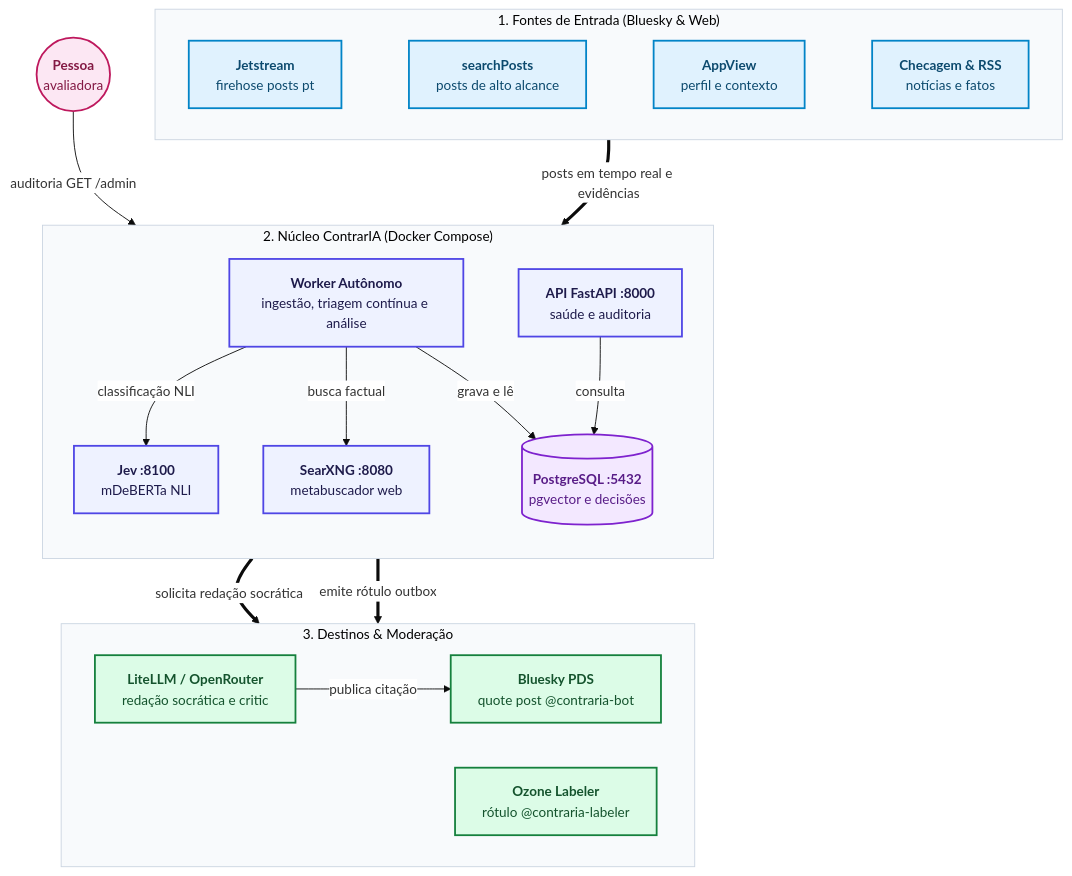
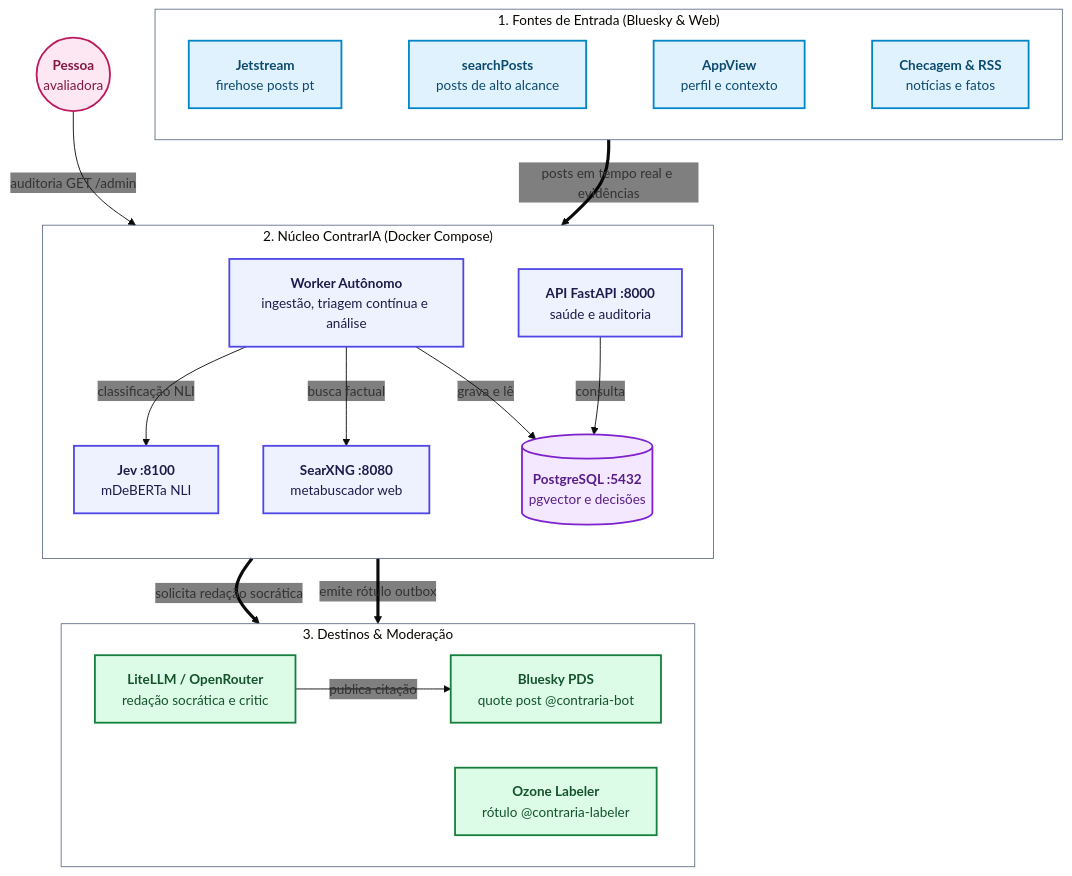
One commit to moonshinerd/ContrarIA changed the first of 4 diagrams in docs/arquitetura/index.md. Above: the diagram before and after it, drawn with Mermaid. The commit also changed other lines of this file and 3 other files, not shown here.

First line of the commit message:
docs: aprimora contraste dos diagramas mermaid no modo escuro e corrige admonitions

````diff
--- a/docs/arquitetura/index.md
+++ b/docs/arquitetura/index.md
@@ -14,47 +14,47 @@
 ```mermaid
-%%{init: {'theme': 'base', 'themeVariables': { 'fontSize': '15px', 'fontFamily': 'inherit', 'primaryColor': '#EEF2FF', 'edgeLabelBackground': '#FFFFFF', 'clusterBkg': '#F8FAFC', 'clusterBorder': '#CBD5E1' }}}%%
+%%{init: {'theme': 'base', 'themeVariables': { 'fontSize': '15px', 'fontFamily': 'inherit', 'clusterBkg': 'transparent', 'clusterBorder': '#64748B', 'edgeLabelBackground': 'transparent' }}}%%
 flowchart TD
     classDef in fill:#E0F2FE,stroke:#0284C7,stroke-width:2px,color:#0C4A6E
     classDef core fill:#EEF2FF,stroke:#4F46E5,stroke-width:2px,color:#1E1B4B
     classDef db fill:#F3E8FF,stroke:#7E22CE,stroke-width:2px,color:#581C87
     classDef out fill:#DCFCE7,stroke:#15803D,stroke-width:2px,color:#14532D
     classDef human fill:#FCE7F3,stroke:#BE185D,stroke-width:2px,color:#831843
 
     subgraph ENTRADAS["1. Fontes de Entrada (Bluesky & Web)"]
         direction LR
-        JS["<b>Jetstream</b><br/>firehose posts pt"]:::in
-        SP["<b>searchPosts</b><br/>posts de alto alcance"]:::in
-        AV["<b>AppView</b><br/>perfil e contexto"]:::in
-        EV["<b>Checagem & RSS</b><br/>notícias e fatos"]:::in
+        JS["<span style='color:#0C4A6E'><b>Jetstream</b><br/>firehose posts pt</span>"]:::in
+        SP["<span style='color:#0C4A6E'><b>searchPosts</b><br/>posts de alto alcance</span>"]:::in
+        AV["<span style='color:#0C4A6E'><b>AppView</b><br/>perfil e contexto</span>"]:::in
+        EV["<span style='color:#0C4A6E'><b>Checagem & RSS</b><br/>notícias e fatos</span>"]:::in
         JS ~~~ SP ~~~ AV ~~~ EV
     end
 
     subgraph NUCLEO["2. Núcleo ContrarIA (Docker Compose)"]
         direction TB
-        WK["<b>Worker Autônomo</b><br/>ingestão, triagem contínua e análise"]:::core
+        WK["<span style='color:#1E1B4B'><b>Worker Autônomo</b><br/>ingestão, triagem contínua e análise</span>"]:::core
         
-        WK -->|classificação NLI| JEV["<b>Jev :8100</b><br/>mDeBERTa NLI"]:::core
-        WK -->|busca factual| SX["<b>SearXNG :8080</b><br/>metabuscador web"]:::core
-        WK -->|grava e lê| DB[("<b>PostgreSQL :5432</b><br/>pgvector e decisões")]:::db
+        WK -->|classificação NLI| JEV["<span style='color:#1E1B4B'><b>Jev :8100</b><br/>mDeBERTa NLI</span>"]:::core
+        WK -->|busca factual| SX["<span style='color:#1E1B4B'><b>SearXNG :8080</b><br/>metabuscador web</span>"]:::core
+        WK -->|grava e lê| DB[("<span style='color:#581C87'><b>PostgreSQL :5432</b><br/>pgvector e decisões</span>")]:::db
         
-        API["<b>API FastAPI :8000</b><br/>saúde e auditoria"]:::core -->|consulta| DB
+        API["<span style='color:#1E1B4B'><b>API FastAPI :8000</b><br/>saúde e auditoria</span>"]:::core -->|consulta| DB
     end
 
     subgraph DESTINOS["3. Destinos & Moderação"]
         direction LR
-        LLM["<b>LiteLLM / OpenRouter</b><br/>redação socrática e critic"]:::out
-        QP["<b>Bluesky PDS</b><br/>quote post @contraria-bot"]:::out
-        OZ["<b>Ozone Labeler</b><br/>rótulo @contraria-labeler"]:::out
+        LLM["<span style='color:#14532D'><b>LiteLLM / OpenRouter</b><br/>redação socrática e critic</span>"]:::out
+        QP["<span style='color:#14532D'><b>Bluesky PDS</b><br/>quote post @contraria-bot</span>"]:::out
+        OZ["<span style='color:#14532D'><b>Ozone Labeler</b><br/>rótulo @contraria-labeler</span>"]:::out
 
         LLM -->|publica citação| QP
     end
 
-    USER(("<b>Pessoa</b><br/>avaliadora")):::human -->|auditoria GET /admin| API
+    USER(("<span style='color:#831843'><b>Pessoa</b><br/>avaliadora</span>")):::human -->|auditoria GET /admin| API
 
     ENTRADAS ==>|posts em tempo real e evidências| WK
     WK ==>|solicita redação socrática| LLM
     WK ==>|emite rótulo outbox| OZ
 
     %% Garante ordem vertical estrita (Destinos abaixo do Núcleo)
     DB ~~~ LLM
 ```
````
